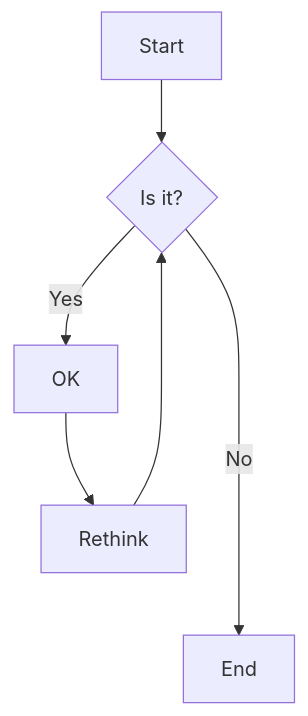
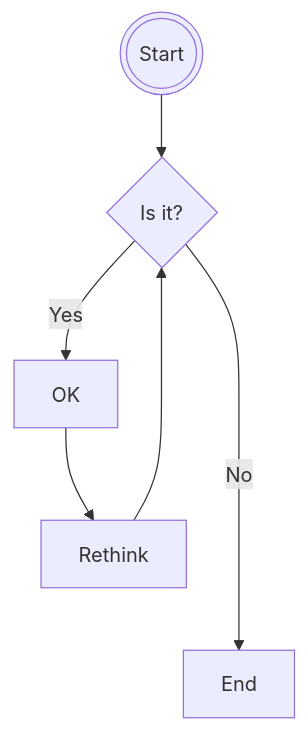
Before and after one commit to bibenga/docker-django-play: the diagram in test.md, drawn with Mermaid. The commit also changed other lines of this file, not shown here.

````diff
--- a/test.md
+++ b/test.md
@@ -2,8 +2,8 @@
 ```mermaid
 flowchart TD
-    A[Start] --> B{Is it?}
+    A(((Start))) --> B{Is it?}
     B -->|Yes| C[OK]
     C --> D[Rethink]
     D --> B
     B ---->|No| E[End]
 ```
````
